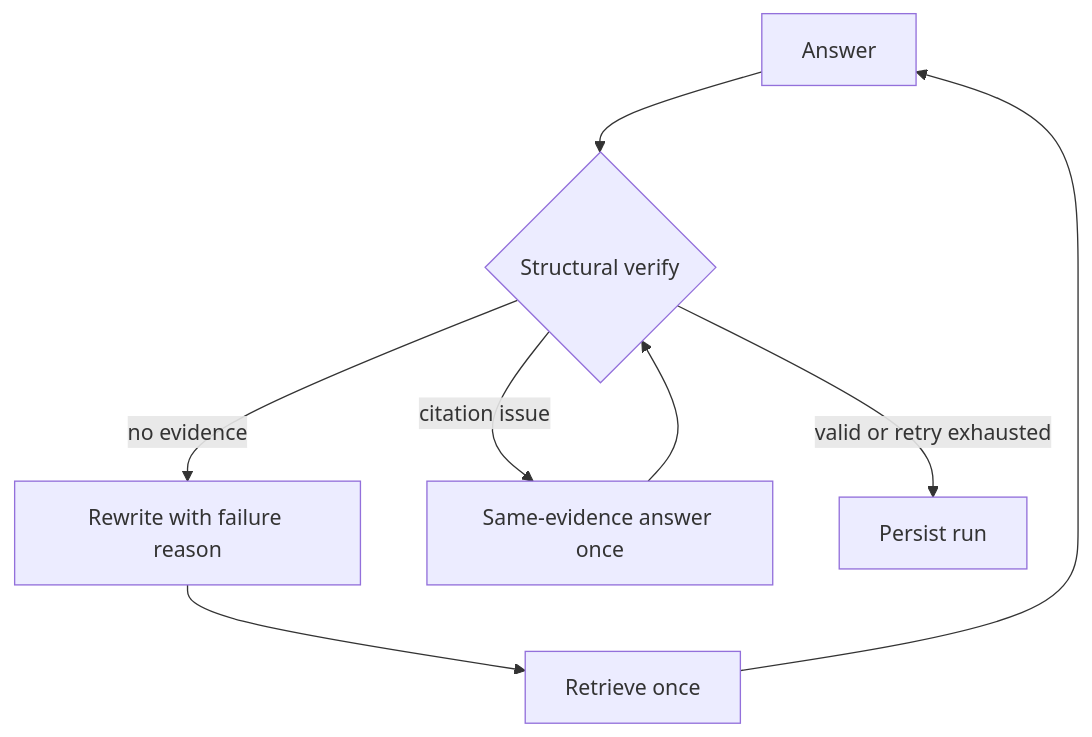
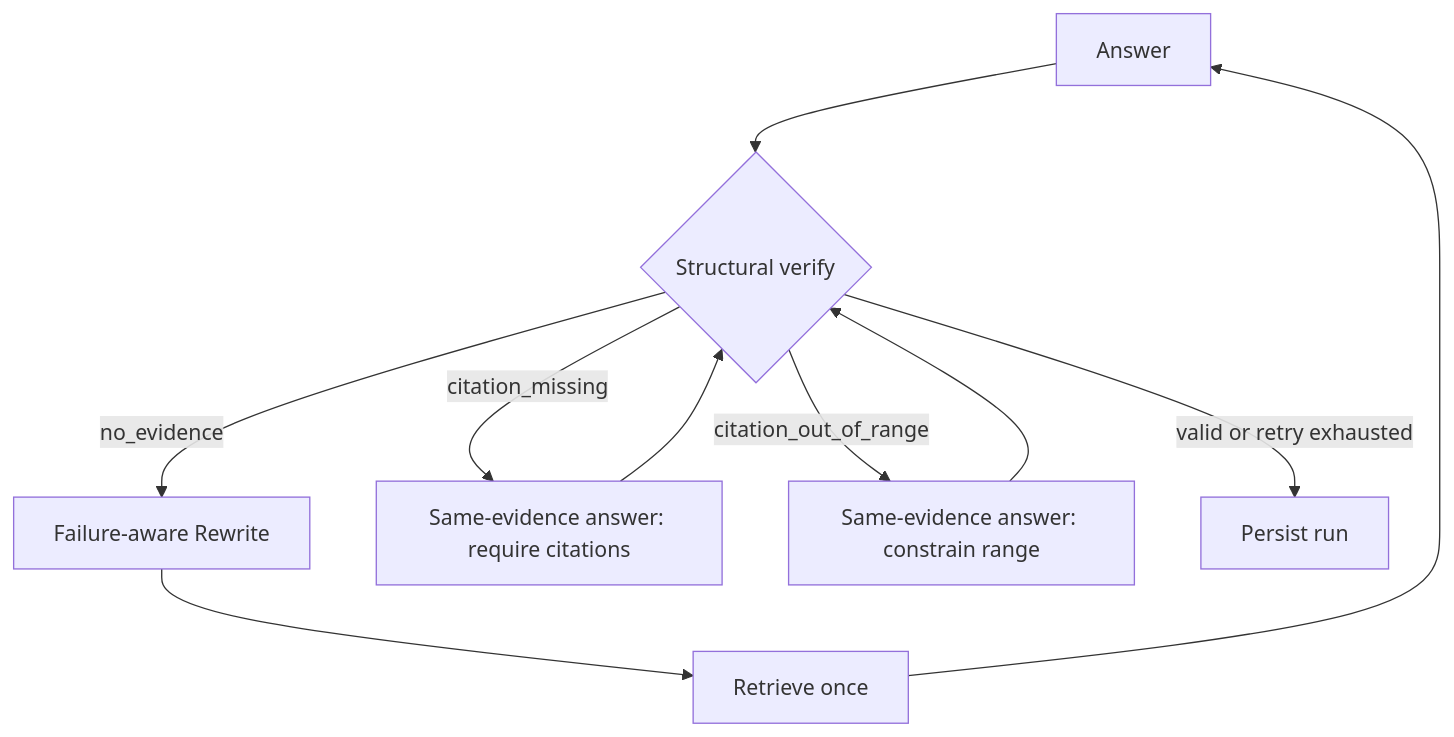
One commit to francis3253161180-maker/researchflow-agent changed the second of 2 diagrams in docs/query-rewrite-and-verification.md. Above: the diagram before and after it, drawn with Mermaid. The commit also changed other lines of this file and 13 other files, not shown here.

````diff
--- a/docs/query-rewrite-and-verification.md
+++ b/docs/query-rewrite-and-verification.md
@@ -40,10 +37,12 @@
 ```mermaid
 flowchart TD
     A[Answer] --> V{Structural verify}
-    V -->|no evidence| W[Rewrite with failure reason]
+    V -->|no_evidence| W[Failure-aware Rewrite]
     W --> R[Retrieve once]
     R --> A
-    V -->|citation issue| S[Same-evidence answer once]
-    S --> V
+    V -->|citation_missing| M[Same-evidence answer: require citations]
+    V -->|citation_out_of_range| O[Same-evidence answer: constrain range]
+    M --> V
+    O --> V
     V -->|valid or retry exhausted| P[Persist run]
 ```
````
